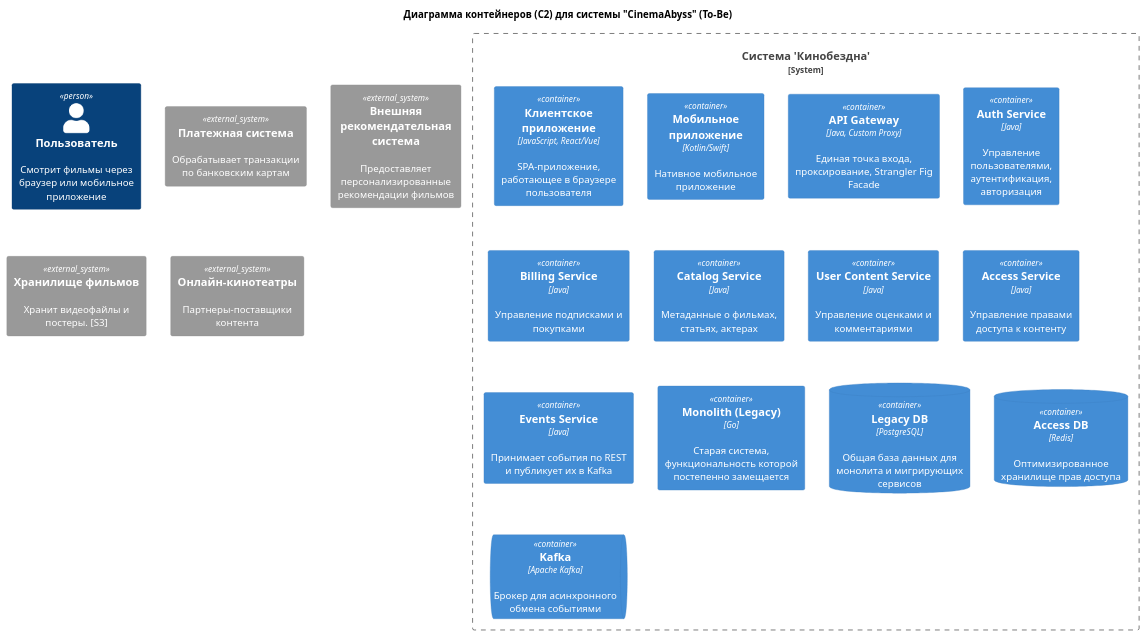
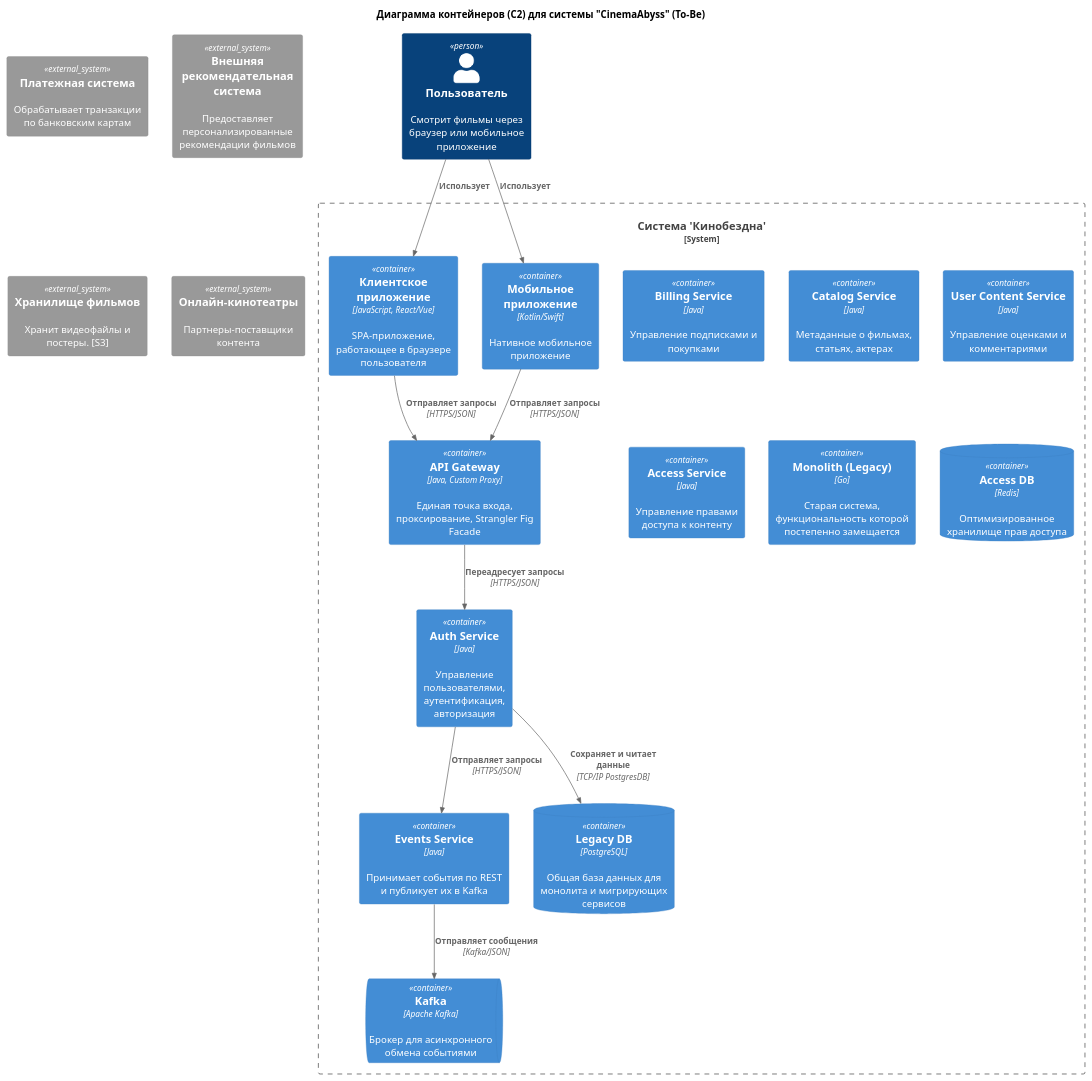
The diagram in docs/diagrams/C2_Container_ToBe.puml (Manjago/architecture-pro-cinemaabyss), drawn with PlantUML before and after one commit.

Commit message:
начинаем рисовать связи

```diff
--- a/docs/diagrams/C2_Container_ToBe.puml
+++ b/docs/diagrams/C2_Container_ToBe.puml
@@ -1,39 +1,52 @@
 @startuml C2_Context_ToBe
 title Диаграмма контейнеров (C2) для системы "CinemaAbyss" (To-Be)
 
 top to bottom direction
 
 !includeurl https://raw.githubusercontent.com/RicardoNiepel/C4-PlantUML/master/C4_Container.puml
 
 ' --- АКТОРЫ И ВНЕШНИЕ СИСТЕМЫ ---
 
 Person(user, "Пользователь", "Смотрит фильмы через браузер или мобильное приложение")
 
 System_Ext(ext_payment_gateway, "Платежная система", "Обрабатывает транзакции по банковским картам")
 System_Ext(recommendation_system, "Внешняя рекомендательная система", "Предоставляет персонализированные рекомендации фильмов")
 System_Ext(blob_storage, "Хранилище фильмов", "Хранит видеофайлы и постеры. [S3]")
 System_Ext(ext_online_cinema, "Онлайн-кинотеатры", "Партнеры-поставщики контента")
 
 ' --- ГРАНИЦА НАШЕЙ СИСТЕМЫ ---
 System_Boundary(cinema_abyss, "Система 'Кинобездна'") {
     Container(frontend_app, "Клиентское приложение", "JavaScript, React/Vue", "SPA-приложение, работающее в браузере пользователя")
     Container(mobile_app, "Мобильное приложение", "Kotlin/Swift", "Нативное мобильное приложение")
 
     Container(gateway, "API Gateway", "Java, Custom Proxy", "Единая точка входа, проксирование, Strangler Fig Facade")
 
     Container(auth_service, "Auth Service", "Java", "Управление пользователями, аутентификация, авторизация")
     Container(billing_service, "Billing Service", "Java", "Управление подписками и покупками")
     Container(catalog_service, "Catalog Service", "Java", "Метаданные о фильмах, статьях, актерах")
     Container(user_content_service, "User Content Service", "Java", "Управление оценками и комментариями")
     Container(access_service, "Access Service", "Java", "Управление правами доступа к контенту")
     Container(events_service, "Events Service", "Java", "Принимает события по REST и публикует их в Kafka")
 
     Container(monolith, "Monolith (Legacy)", "Go", "Старая система, функциональность которой постепенно замещается")
 
     ContainerDb(common_db, "Legacy DB", "PostgreSQL", "Общая база данных для монолита и мигрирующих сервисов")
     ContainerDb(access_db, "Access DB", "Redis", "Оптимизированное хранилище прав доступа")
     ContainerQueue(kafka, "Kafka", "Apache Kafka", "Брокер для асинхронного обмена событиями")
 }
 
+' --- СВЯЗИ (ПО СЦЕНАРИЯМ) ---
 
+' Общее начало всех сценариев
+Rel(user, frontend_app, "Использует")
+Rel(user, mobile_app, "Использует")
+Rel(frontend_app, gateway, "Отправляет запросы", "HTTPS/JSON")
+Rel(mobile_app, gateway, "Отправляет запросы", "HTTPS/JSON")
+
+
+' Сценарий: Пользователь управляет системой
+Rel(gateway, auth_service, "Переадресует запросы", "HTTPS/JSON")
+Rel(auth_service, common_db, "Сохраняет и читает данные", "TCP/IP PostgresDB")
+Rel(auth_service, events_service, "Отправляет запросы", "HTTPS/JSON")
+Rel(events_service, kafka, "Отправляет сообщения", "Kafka/JSON")
 @enduml
```
